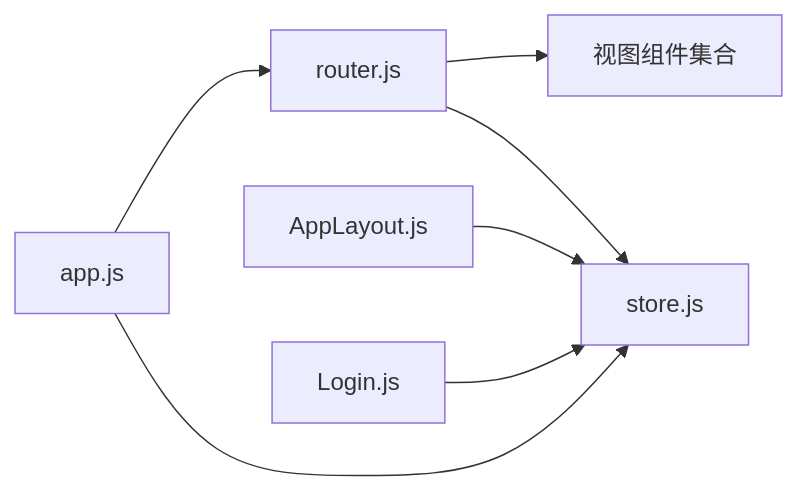
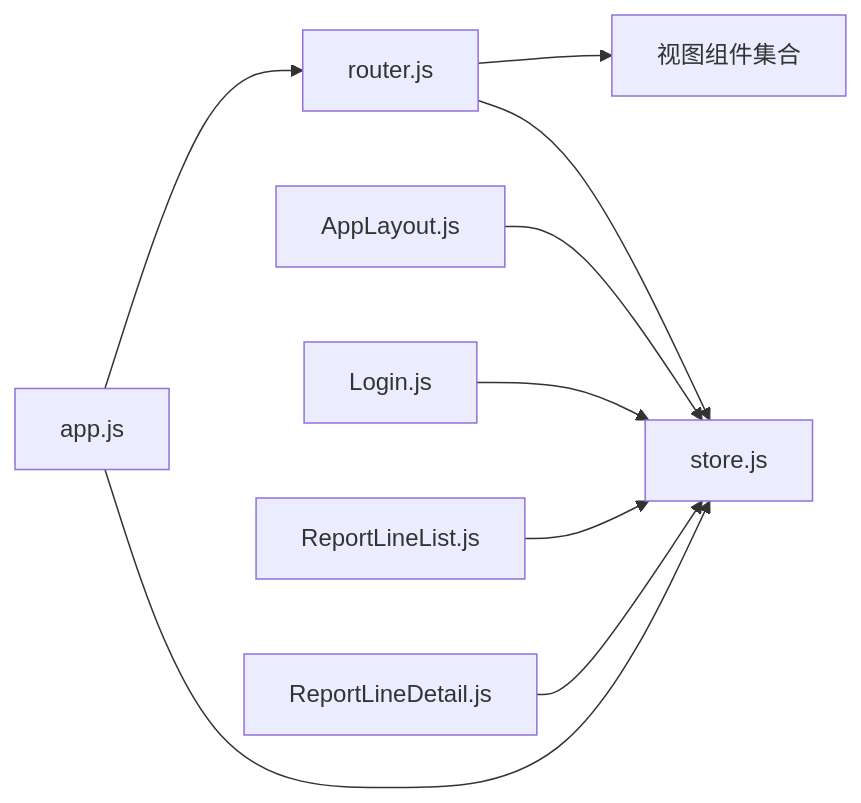
One commit to marcelxu0272/202605_project-tracking-table changed the eighth of 8 diagrams in .qoder/repowiki/zh/content/前端架构/路由系统.md. Above: the diagram before and after it, drawn with Mermaid. The commit also changed other lines of this file and 15 other files, not shown here.

````diff
--- a/.qoder/repowiki/zh/content/前端架构/路由系统.md
+++ b/.qoder/repowiki/zh/content/前端架构/路由系统.md
@@ -236,9 +298,11 @@
 ```mermaid
 graph LR
 Router["router.js"] --> Views["视图组件集合"]
 Router --> Store["store.js"]
 Layout["AppLayout.js"] --> Store
 Login["Login.js"] --> Store
+ReportList["ReportLineList.js"] --> Store
+ReportDetail["ReportLineDetail.js"] --> Store
 App["app.js"] --> Router
 App --> Store
 ```
````
